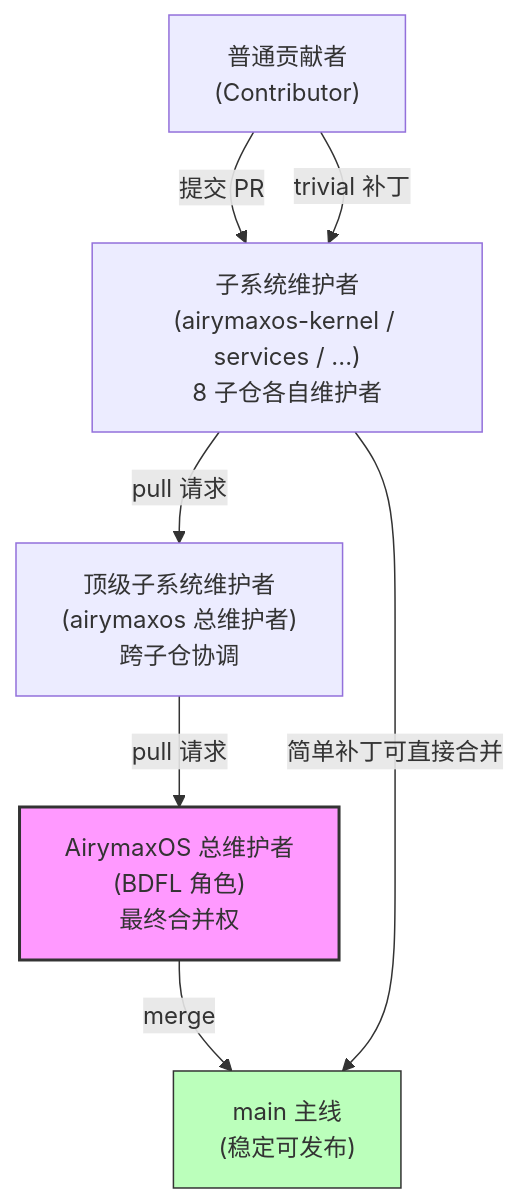
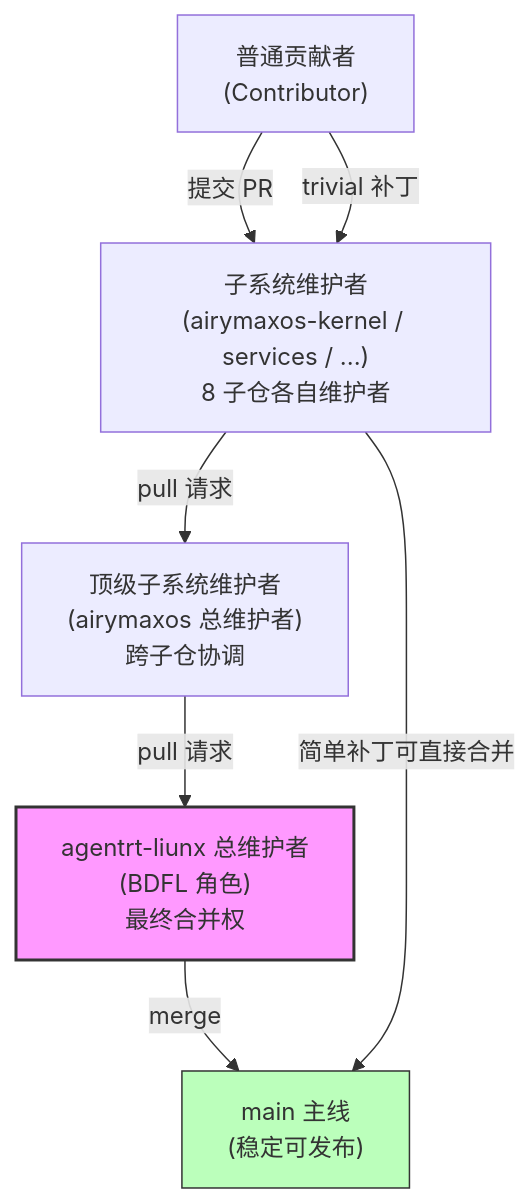
The diagram in AirymaxAgentOS/50-engineering-standards/07-maintainers-and-governance.md (openairymax/docs), drawn with Mermaid before and after one commit. The commit also changed other lines of this file and 99 other files, not shown here.

````diff
--- a/AirymaxAgentOS/50-engineering-standards/07-maintainers-and-governance.md
+++ b/AirymaxAgentOS/50-engineering-standards/07-maintainers-and-governance.md
@@ -131,11 +131,11 @@
 ```mermaid
 graph TD
     A["普通贡献者<br/>(Contributor)"] -->|提交 PR| B["子系统维护者<br/>(airymaxos-kernel / services / ...)<br/>8 子仓各自维护者"]
     B -->|pull 请求| C["顶级子系统维护者<br/>(airymaxos 总维护者)<br/>跨子仓协调"]
-    C -->|pull 请求| D["AirymaxOS 总维护者<br/>(BDFL 角色)<br/>最终合并权"]
+    C -->|pull 请求| D["agentrt-liunx 总维护者<br/>(BDFL 角色)<br/>最终合并权"]
     D -->|merge| E["main 主线<br/>(稳定可发布)"]
     B -->|简单补丁可直接合并| E
     A -->| trivial 补丁| B
     style D fill:#f9f,stroke:#333,stroke-width:2px
     style E fill:#bfb,stroke:#333
 ```
````
